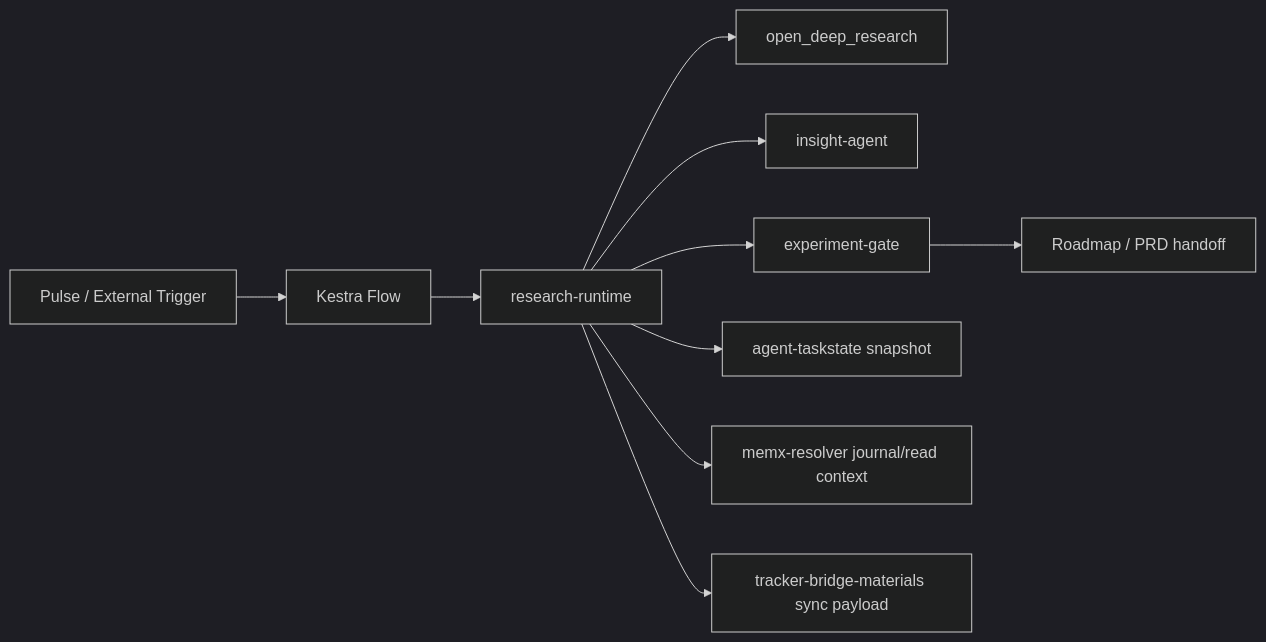
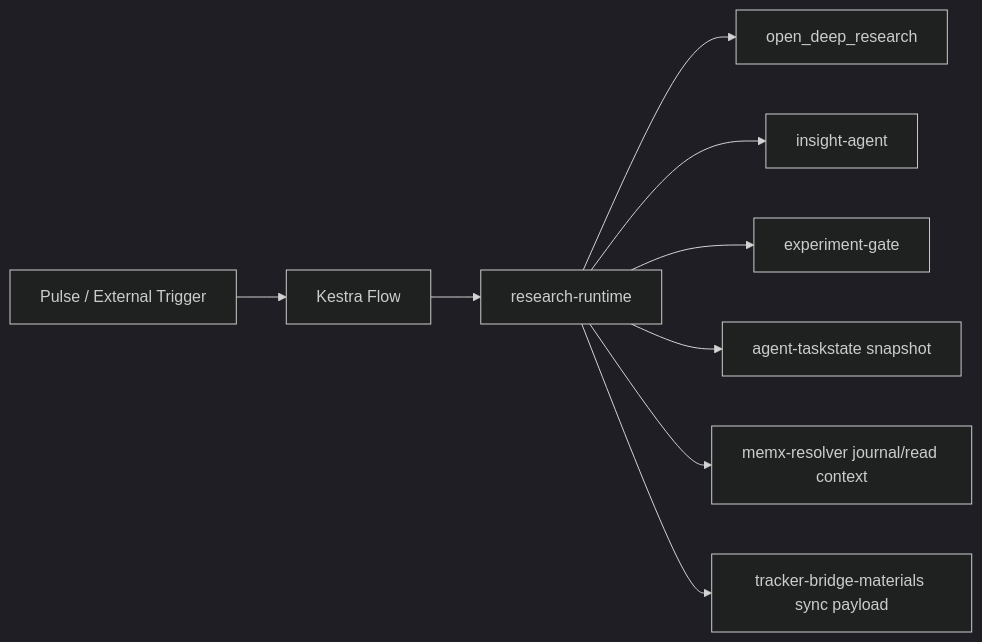
One commit to RNA4219/RanD changed the diagram in docs/specification.md. Above: the diagram before and after it, drawn with Mermaid (dark theme). The commit also changed other lines of this file and 33 other files, not shown here.

````diff
--- a/docs/specification.md
+++ b/docs/specification.md
@@ -23,12 +22,11 @@
 ```mermaid
 flowchart LR
-    A[Pulse / External Trigger] --> B[Kestra Flow]
-    B --> C[research-runtime]
-    C --> D[open_deep_research]
-    C --> E[insight-agent]
-    C --> F[experiment-gate]
-    C --> G[agent-taskstate snapshot]
-    C --> H[memx-resolver journal/read context]
-    C --> I[tracker-bridge-materials sync payload]
-    F --> J[Roadmap / PRD handoff]
+    A["Pulse / External Trigger"] --> B["Kestra Flow"]
+    B --> C["research-runtime"]
+    C --> D["open_deep_research"]
+    C --> E["insight-agent"]
+    C --> F["experiment-gate"]
+    C --> G["agent-taskstate snapshot"]
+    C --> H["memx-resolver journal/read context"]
+    C --> I["tracker-bridge-materials sync payload"]
 ```
````
